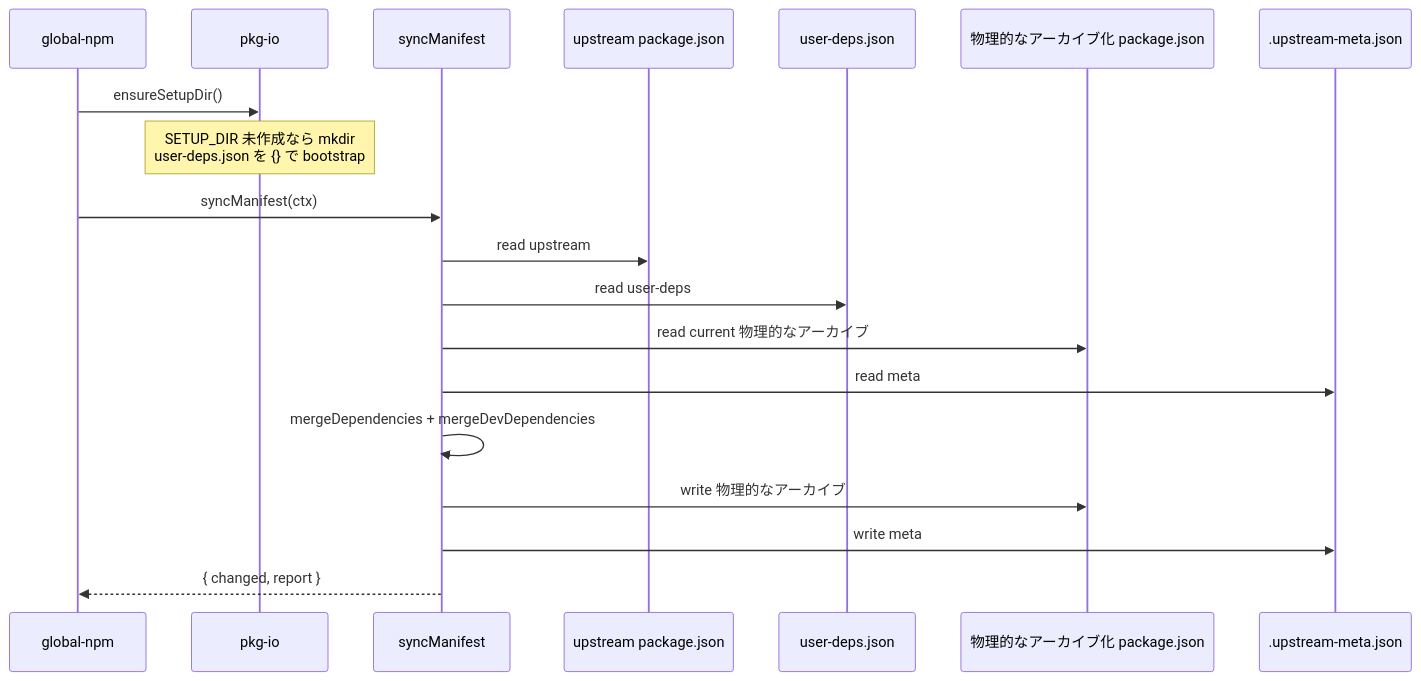
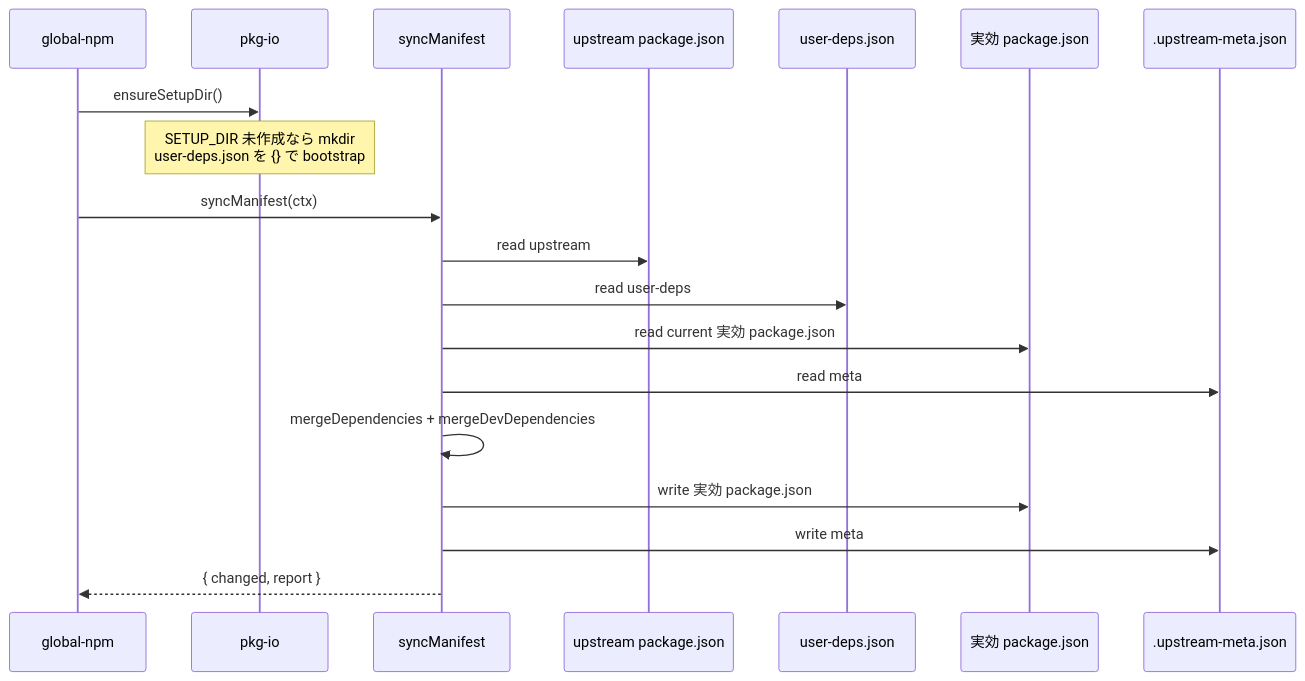
Before and after one commit to stein2nd/global-npm-setup: the third of 8 diagrams in docsMod/mod-overlay-manifest.md, drawn with Mermaid. The commit also changed other lines of this file, not shown here.

````diff
--- a/docsMod/mod-overlay-manifest.md
+++ b/docsMod/mod-overlay-manifest.md
@@ -336,22 +336,22 @@
 ```mermaid
 sequenceDiagram
   participant CLI as global-npm
   participant IO as pkg-io
   participant S as syncManifest
   participant U as upstream package.json
   participant UD as user-deps.json
-  participant M as 物理的なアーカイブ化 package.json
+  participant M as 実効 package.json
   participant META as .upstream-meta.json
 
   CLI->>IO: ensureSetupDir()
   Note over IO: SETUP_DIR 未作成なら mkdir<br/>user-deps.json を {} で bootstrap
   CLI->>S: syncManifest(ctx)
   S->>U: read upstream
   S->>UD: read user-deps
-  S->>M: read current 物理的なアーカイブ
+  S->>M: read current 実効 package.json
   S->>META: read meta
   S->>S: mergeDependencies + mergeDevDependencies
-  S->>M: write 物理的なアーカイブ
+  S->>M: write 実効 package.json
   S->>META: write meta
   S-->>CLI: { changed, report }
 ```
````
